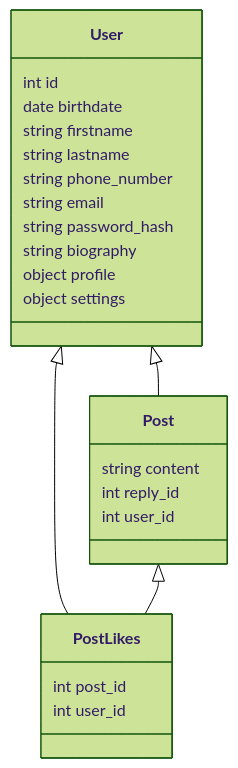
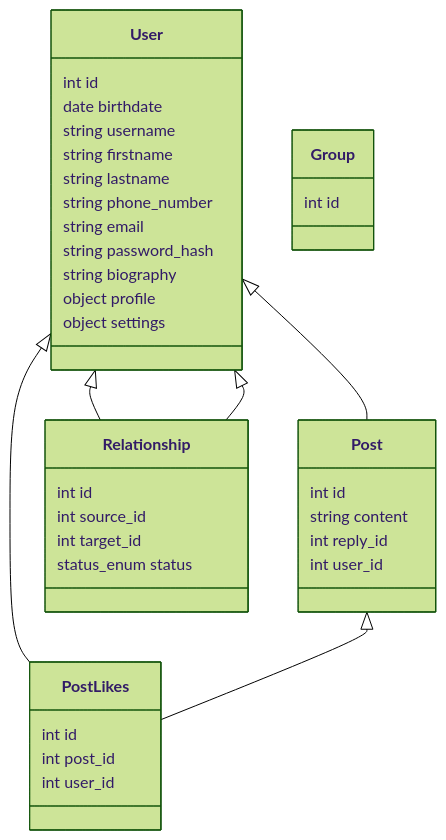
The diagram in readme.md (fairfield-programming/general-backend), drawn with Mermaid (forest theme) before and after one commit. The commit also changed other lines of this file and 1 other file, not shown here.

Commit message:
Added OpenAPI and New Items to Graph

````diff
--- a/readme.md
+++ b/readme.md
@@ -13,31 +13,47 @@
 ```mermaid
 
 classDiagram
     User <|-- Post
     User <|-- PostLikes
     Post <|-- PostLikes
+    User <|-- Relationship
+    User <|-- Relationship
 
     User : int id
     User : date birthdate
+    User : string username
     User : string firstname
     User : string lastname
     User : string phone_number
     User : string email
     User : string password_hash
     User : string biography
 
     User : object profile
     User : object settings
 
     class Post {
-      string content
-      int reply_id
-      int user_id
+        int id
+        string content
+        int reply_id
+        int user_id
     }
 
     class PostLikes {
+        int id
         int post_id
         int user_id
     }
 
+    class Relationship {
+        int id
+        int source_id
+        int target_id
+        status_enum status
+    }
+
+    class Group {
+        int id
+    }
+
 ```
````
